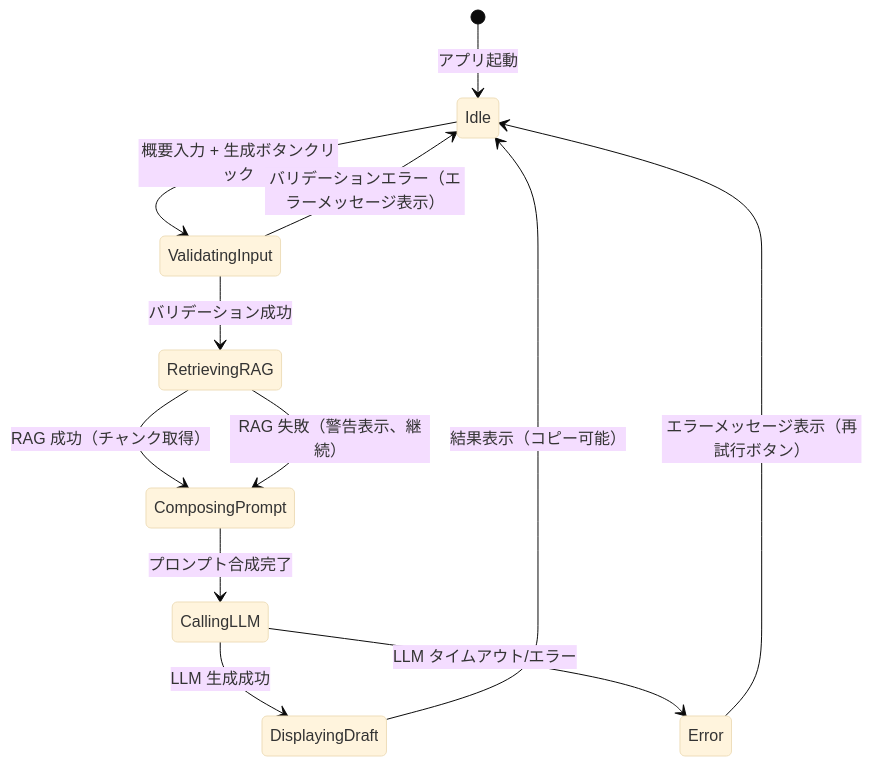
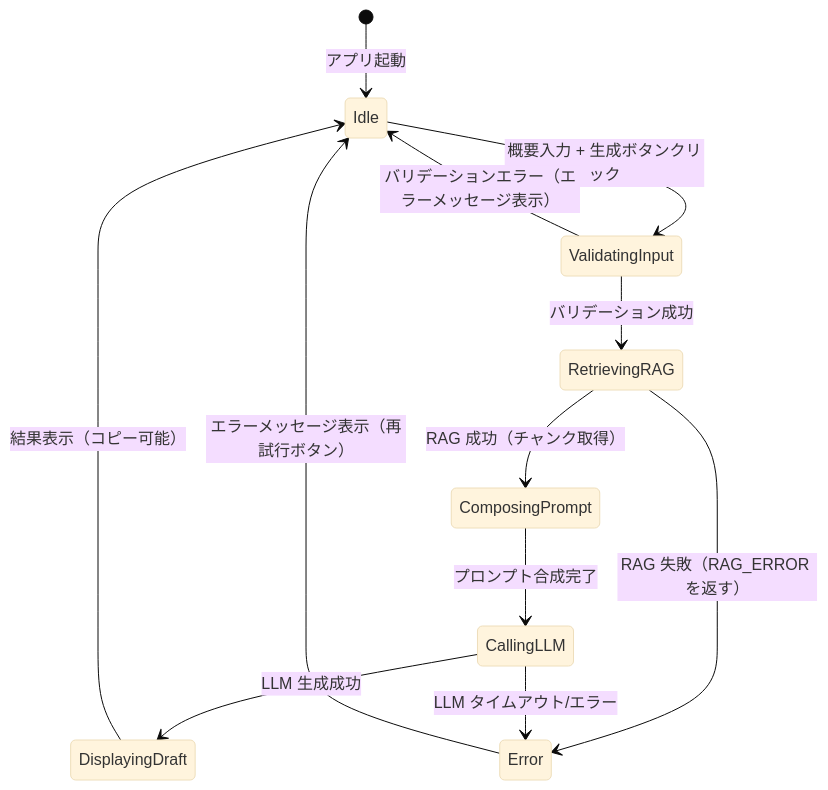
One commit to suusanex/blog_draft_webapp changed the second of 2 diagrams in specs/001-blog-draft-webapp/data-model.md. Above: the diagram before and after it, drawn with Mermaid (base theme). The commit also changed other lines of this file and 9 other files, not shown here.

````diff
--- a/specs/001-blog-draft-webapp/data-model.md
+++ b/specs/001-blog-draft-webapp/data-model.md
@@ -429,17 +431,17 @@
 ```mermaid
 stateDiagram-v2
     [*] --> Idle: アプリ起動
     Idle --> ValidatingInput: 概要入力 + 生成ボタンクリック
     ValidatingInput --> RetrievingRAG: バリデーション成功
     ValidatingInput --> Idle: バリデーションエラー（エラーメッセージ表示）
     
     RetrievingRAG --> ComposingPrompt: RAG 成功（チャンク取得）
-    RetrievingRAG --> ComposingPrompt: RAG 失敗（警告表示、継続）
+    RetrievingRAG --> Error: RAG 失敗（RAG_ERROR を返す）
     
     ComposingPrompt --> CallingLLM: プロンプト合成完了
     CallingLLM --> DisplayingDraft: LLM 生成成功
     CallingLLM --> Error: LLM タイムアウト/エラー
     
     DisplayingDraft --> Idle: 結果表示（コピー可能）
     Error --> Idle: エラーメッセージ表示（再試行ボタン）
 ```
````
